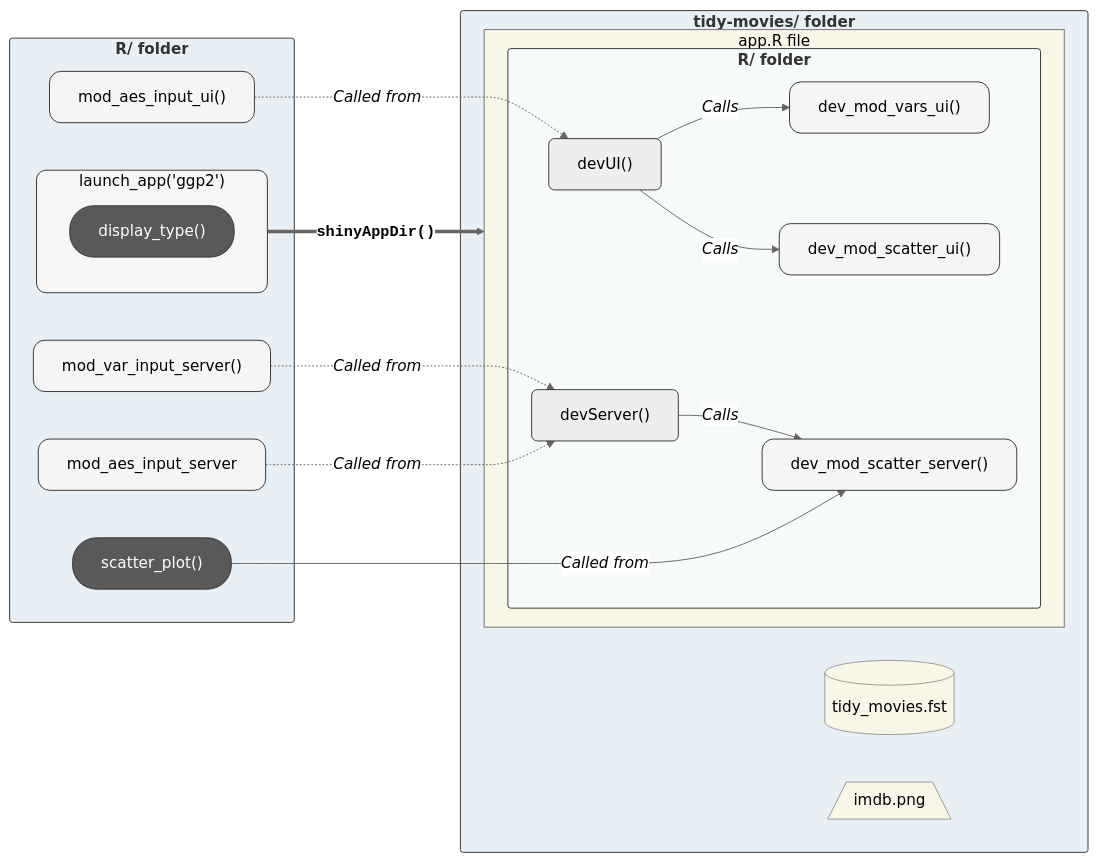
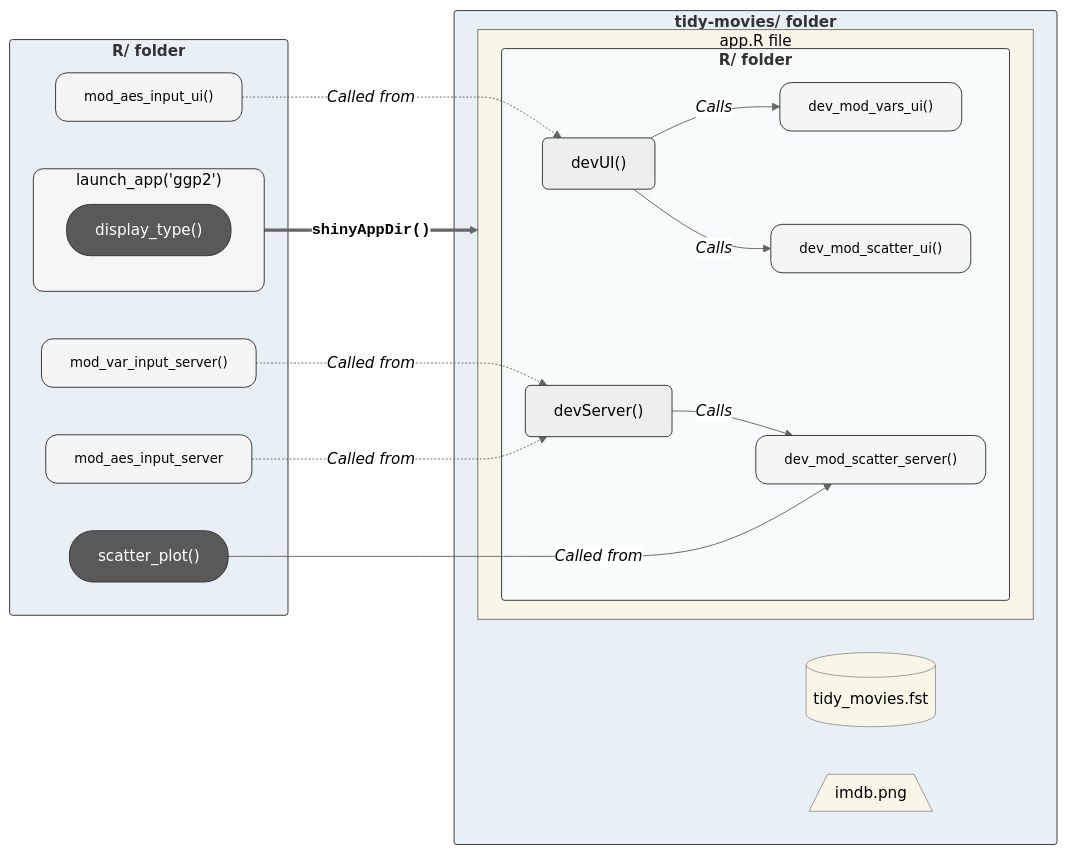
One commit to mjfrigaard/shiny-app-pkgs changed the first of 2 diagrams in logging.qmd. Above: the diagram before and after it, drawn with Mermaid. The commit also changed other lines of this file and 34 other files, not shown here.

````diff
--- a/logging.qmd
+++ b/logging.qmd
@@ -85,65 +95,65 @@
 ```{mermaid}
 %%| fig-cap: 'Architecture of app functions in `inst/tidy-movies/` folder'
 %%| fig-align: center
 %%{init: {'theme': 'neutral', 'themeVariables': { 'fontFamily': 'monospace', "fontSize":"16px"}}}%%
 flowchart LR
         subgraph R["<strong>R/ folder</strong>"]
             subgraph launch["launch_app('ggp2')"]
                 display_type["display_type()"]
             end
                 mod_aes_input_ui["mod_aes_input_ui()"]
                 mod_aes_input_server["mod_aes_input_server"]
                 mod_var_input_server["mod_var_input_server()"]
                 scatter_plot["scatter_plot()"]
         end
 
         subgraph tidy_movies["<strong>tidy-movies/ folder</strong>"]
             subgraph app["app.R file"]
                 subgraph SubR["<strong>R/ folder</strong>"]
                 devUI["devUI()"]
                 dev_mod_vars_ui["dev_mod_vars_ui()"]
                 dev_mod_scatter_ui["dev_mod_scatter_ui()"]
                 devUI -->|"<em>Calls</em>"|dev_mod_vars_ui & dev_mod_scatter_ui
                 devServer["devServer()"]
                 dev_mod_scatter_server["dev_mod_scatter_server()"]
                 devServer -->|"<em>Calls</em>"|dev_mod_scatter_server
                 end
             end
             data[("tidy_movies.fst")]
             img[/"imdb.png"\]
         end
         
 
         launch ==> |"<strong><code>shinyAppDir()</code></strong>"|app
         mod_aes_input_ui -.->|"<em>Called from</em>"|devUI
         mod_var_input_server & mod_aes_input_server -.->|"<em>Called from</em>"|devServer
         scatter_plot --> |"<em>Called from</em>"|dev_mod_scatter_server
         
         
     %% R/
     style R fill:#e8f0f5,stroke:#333,stroke-width:1px,rx:3,ry:3
     %% standalone app function
     style launch fill:#F6F6F6,color:#000,stroke:#333,stroke-width:1px,rx:10,ry:10
     %% modules 
-    style mod_var_input_server color:#000,fill:#f5f5f5,stroke:#333,stroke-width:1px,rx:12,ry:12
-    style mod_aes_input_ui color:#000,fill:#f5f5f5,stroke:#333,stroke-width:1px,rx:12,ry:12
-    style mod_aes_input_server color:#000,fill:#f5f5f5,stroke:#333,stroke-width:1px,rx:12,ry:12
+    style mod_var_input_server font-size:14px,color:#000,fill:#f5f5f5,stroke:#333,stroke-width:1px,rx:12,ry:12
+    style mod_aes_input_ui font-size:14px,color:#000,fill:#f5f5f5,stroke:#333,stroke-width:1px,rx:12,ry:12
+    style mod_aes_input_server font-size:14px,color:#000,fill:#f5f5f5,stroke:#333,stroke-width:1px,rx:12,ry:12
     %% utility functions
     style scatter_plot fill:#595959,color:#FFF,stroke:#333,stroke-width:1px,rx:25,ry:25
     style display_type fill:#595959,color:#FFF,stroke:#333,stroke-width:1px,rx:25,ry:25
     
     %% tidy-movies/ 
     style tidy_movies fill:#e8f0f5,stroke:#333,stroke-width:1px,rx:3,ry:3
     %% tidy-movies/R
     style SubR fill:#f7fafb,stroke:#333,stroke-width:1px,rx:3,ry:3
     %% tidy-movies/R/ files
     style devUI stroke:#333,stroke-width:1px,rx:6,ry:6
     style devServer stroke:#333,stroke-width:1px,rx:6,ry:6
-    style dev_mod_scatter_server color:#000,fill:#f5f5f5,stroke:#333,stroke-width:1px,rx:12,ry:12
-    style dev_mod_scatter_ui color:#000,fill:#f5f5f5,stroke:#333,stroke-width:1px,rx:12,ry:12
-    style dev_mod_vars_ui color:#000,fill:#f5f5f5,stroke:#333,stroke-width:1px,rx:12,ry:12
+    style dev_mod_scatter_server font-size:14px,color:#000,fill:#f5f5f5,stroke:#333,stroke-width:1px,rx:12,ry:12
+    style dev_mod_scatter_ui font-size:14px,color:#000,fill:#f5f5f5,stroke:#333,stroke-width:1px,rx:12,ry:12
+    style dev_mod_vars_ui font-size:14px,color:#000,fill:#f5f5f5,stroke:#333,stroke-width:1px,rx:12,ry:12
     %% files 
     style app fill:#f8f6e7,color:#000
     style data fill:#f8f6e7,color:#000
     style img fill:#f8f6e7,color:#000
 ```
````
